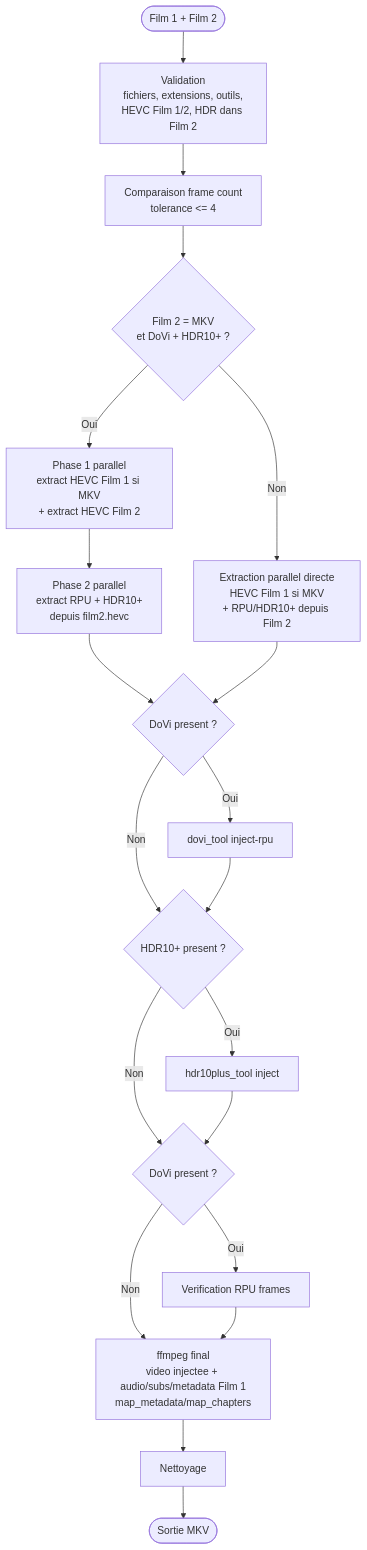
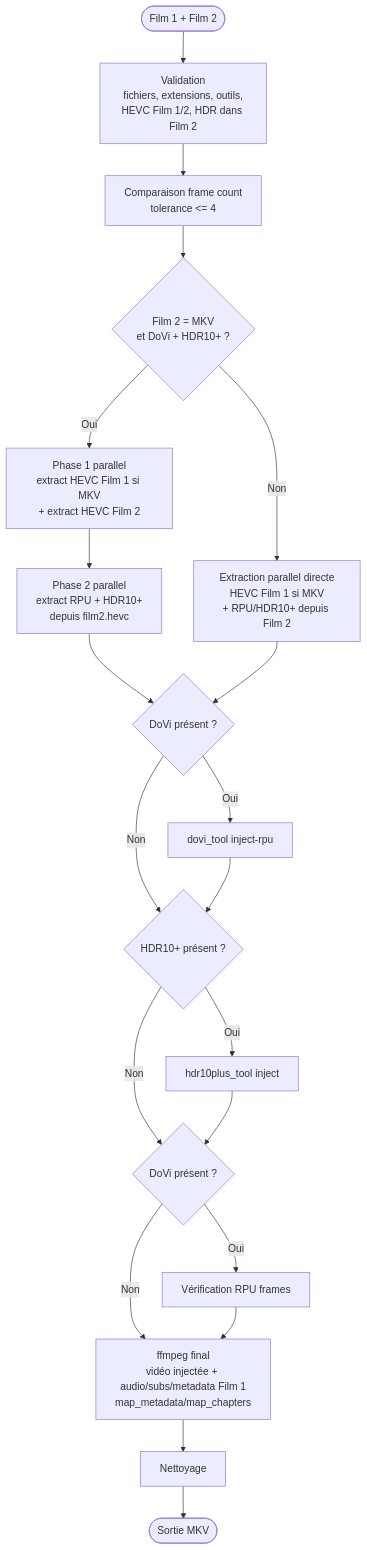
Before and after one commit to Hydro74000/muxiveo: the fourth of 5 diagrams in README.md, drawn with Mermaid. The commit also changed other lines of this file and 23 other files, not shown here.

````diff
--- a/README.md
+++ b/README.md
@@ -703,31 +746,31 @@
 ```mermaid
 flowchart TD
     A([Film 1 + Film 2]) --> B[Validation<br/>fichiers, extensions, outils,<br/>HEVC Film 1/2, HDR dans Film 2]
     B --> C[Comparaison frame count<br/>tolerance <= 4]
     C --> D{Film 2 = MKV<br/>et DoVi + HDR10+ ?}
 
     D -->|Oui| E1[Phase 1 parallel<br/>extract HEVC Film 1 si MKV<br/>+ extract HEVC Film 2]
     E1 --> E2[Phase 2 parallel<br/>extract RPU + HDR10+<br/>depuis film2.hevc]
     D -->|Non| E3[Extraction parallel directe<br/>HEVC Film 1 si MKV<br/>+ RPU/HDR10+ depuis Film 2]
 
     E2 --> F
     E3 --> F
 
-    F{DoVi present ?}
+    F{DoVi présent ?}
     F -->|Oui| G[dovi_tool inject-rpu]
     F -->|Non| H
     G --> H
 
-    H{HDR10+ present ?}
+    H{HDR10+ présent ?}
     H -->|Oui| I[hdr10plus_tool inject]
     H -->|Non| J
     I --> J
 
-    J{DoVi present ?}
-    J -->|Oui| K[Verification RPU frames]
+    J{DoVi présent ?}
+    J -->|Oui| K[Vérification RPU frames]
     J -->|Non| L
     K --> L
 
-    L[ffmpeg final<br/>video injectee + audio/subs/metadata Film 1<br/>map_metadata/map_chapters] --> M[Nettoyage]
+    L[ffmpeg final<br/>vidéo injectée + audio/subs/metadata Film 1<br/>map_metadata/map_chapters] --> M[Nettoyage]
     M --> N([Sortie MKV])
 ```
````
